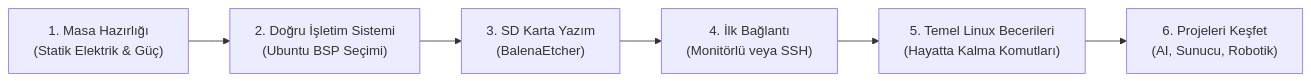
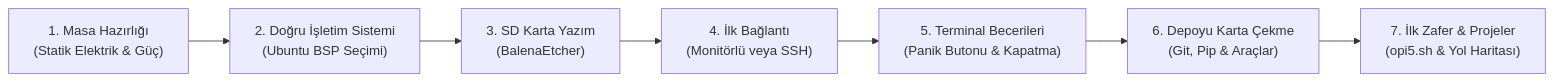
Before and after one commit to muhammetmucahitsoylu/orangepi5-tutorials: the first of 2 diagrams in guides/Turkish/00-Sifirdan-Baslayanlar-Rehberi.md, drawn with Mermaid. The commit also changed other lines of this file and 1 other file, not shown here.

````diff
--- a/guides/Turkish/00-Sifirdan-Baslayanlar-Rehberi.md
+++ b/guides/Turkish/00-Sifirdan-Baslayanlar-Rehberi.md
@@ -10,8 +10,9 @@
 ```mermaid
 flowchart LR
     A["1. Masa Hazırlığı<br>(Statik Elektrik & Güç)"] --> B["2. Doğru İşletim Sistemi<br>(Ubuntu BSP Seçimi)"]
     B --> C["3. SD Karta Yazım<br>(BalenaEtcher)"]
     C --> D["4. İlk Bağlantı<br>(Monitörlü veya SSH)"]
-    D --> E["5. Temel Linux Becerileri<br>(Hayatta Kalma Komutları)"]
-    E --> F["6. Projeleri Keşfet<br>(AI, Sunucu, Robotik)"]
+    D --> E["5. Terminal Becerileri<br>(Panik Butonu & Kapatma)"]
+    E --> F["6. Depoyu Karta Çekme<br>(Git, Pip & Araçlar)"]
+    F --> G["7. İlk Zafer & Projeler<br>(opi5.sh & Yol Haritası)"]
 ```
````
